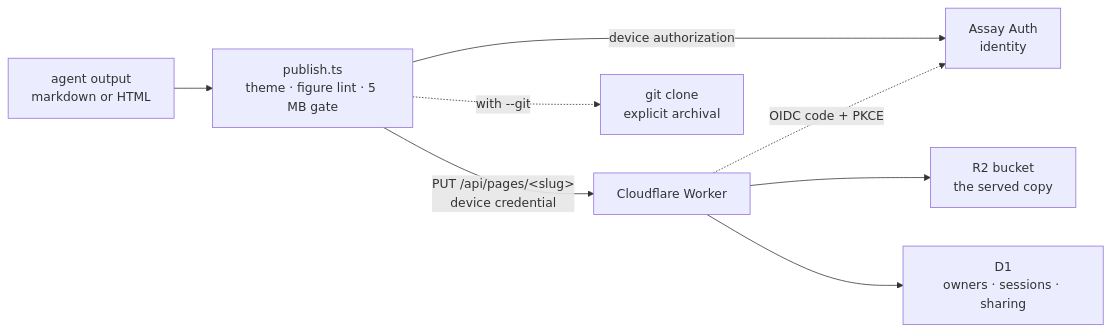
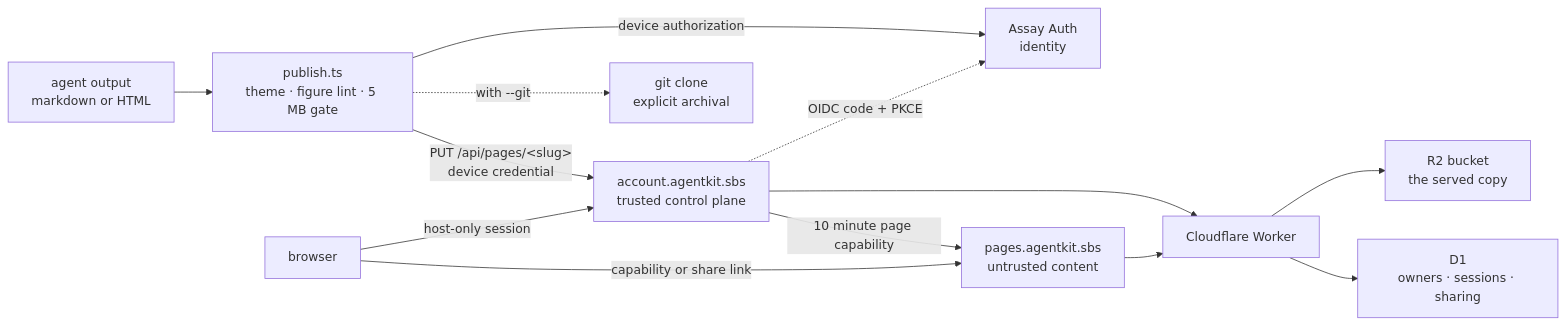
One commit to developerinlondon/agentkit changed the diagram in docs/site/src/content/docs/concepts/pages.md. Above: the diagram before and after it, drawn with Mermaid. The commit also changed other lines of this file and 23 other files, not shown here.

Commit message:
fix(pages): isolate account and content origins

````diff
--- a/docs/site/src/content/docs/concepts/pages.md
+++ b/docs/site/src/content/docs/concepts/pages.md
@@ -21,10 +21,15 @@
 ```mermaid
 flowchart LR
   agent["agent output<br/>markdown or HTML"] --> pub["publish.ts<br/>theme · figure lint · 5 MB gate"]
   pub -- "device authorization" --> assay["Assay Auth<br/>identity"]
-  pub -- "PUT /api/pages/&lt;slug&gt;<br/>device credential" --> worker["Cloudflare Worker"]
+  pub -- "PUT /api/pages/&lt;slug&gt;<br/>device credential" --> account["account.agentkit.sbs<br/>trusted control plane"]
+  browser["browser"] -- "host-only session" --> account
+  account -- "10 minute page capability" --> pages["pages.agentkit.sbs<br/>untrusted content"]
+  browser -- "capability or share link" --> pages
+  account --> worker["Cloudflare Worker"]
+  pages --> worker
   worker --> r2["R2 bucket<br/>the served copy"]
   worker --> d1["D1<br/>owners · sessions · sharing"]
-  worker -. "OIDC code + PKCE" .-> assay
+  account -. "OIDC code + PKCE" .-> assay
   pub -. "with --git" .-> repo["git clone<br/>explicit archival"]
 ```
````
